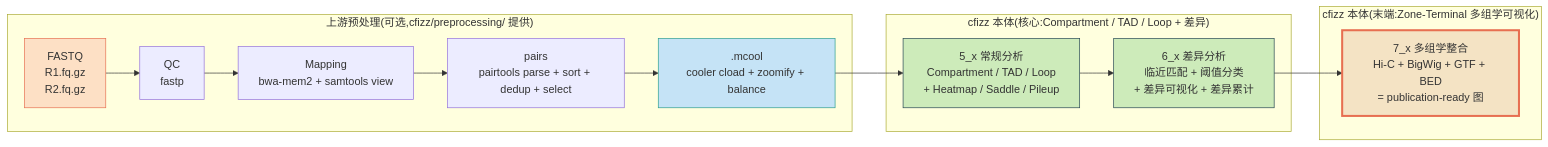
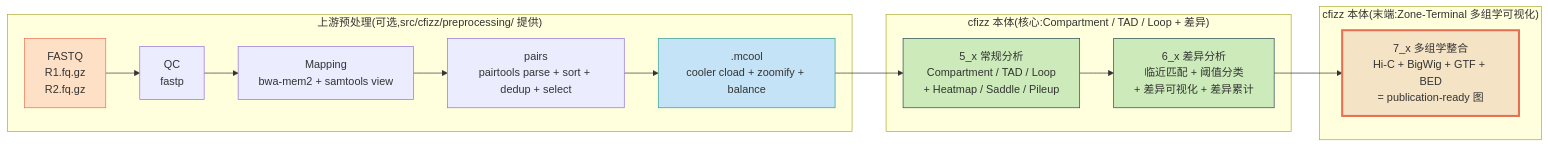
Before and after one commit to Cuixiaojian21/cfizz: the diagram in README.md, drawn with Mermaid. The commit also changed other lines of this file and 49 other files, not shown here.

````diff
--- a/README.md
+++ b/README.md
@@ -141,28 +140,28 @@
 ```mermaid
 flowchart LR
-    subgraph UP["上游预处理(可选,cfizz/preprocessing/ 提供)"]
+    subgraph UP["上游预处理(可选,src/cfizz/preprocessing/ 提供)"]
         A1["FASTQ<br/>R1.fq.gz<br/>R2.fq.gz"]
         A2["QC<br/>fastp"]
         A3["Mapping<br/>bwa-mem2 + samtools view"]
         A4["pairs<br/>pairtools parse + sort + dedup + select"]
         A5[".mcool<br/>cooler cload + zoomify + balance"]
         A1 --> A2 --> A3 --> A4 --> A5
     end
 
     subgraph MID["cfizz 本体(核心:Compartment / TAD / Loop + 差异)"]
         B1["5_x 常规分析<br/>Compartment / TAD / Loop<br/>+ Heatmap / Saddle / Pileup"]
         B2["6_x 差异分析<br/>临近匹配 + 阈值分类<br/>+ 差异可视化 + 差异累计"]
         A5 --> B1 --> B2
     end
 
     subgraph DOWN["cfizz 本体(末端:Zone-Terminal 多组学可视化)"]
         C1["7_x 多组学整合<br/>Hi-C + BigWig + GTF + BED<br/>= publication-ready 图"]
         B2 --> C1
     end
 
     style A1 fill:#fde0c5,stroke:#e76f51
     style A5 fill:#c5e3f6,stroke:#2a9d8f
     style B1 fill:#cdebba,stroke:#264653
     style B2 fill:#cdebba,stroke:#264653
     style C1 fill:#f4e3c4,stroke:#e76f51,stroke-width:3px
 ```
````
